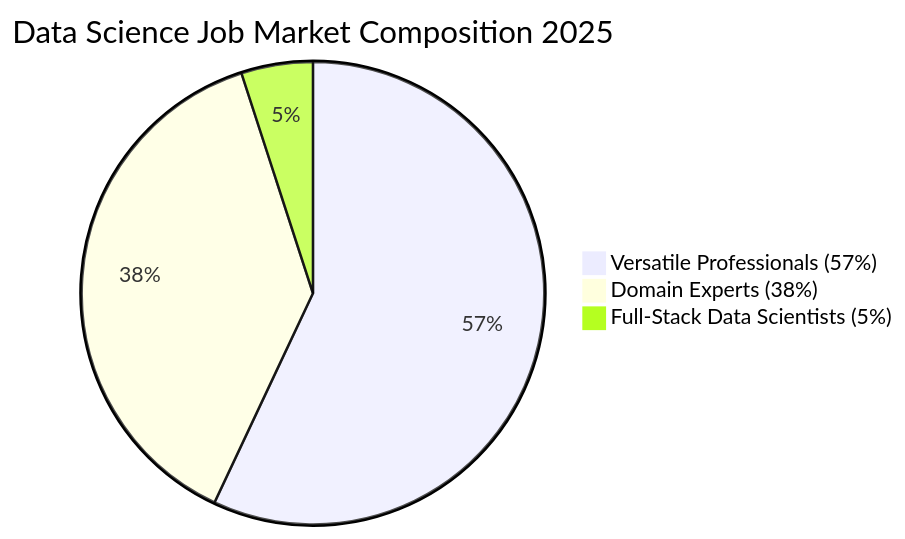
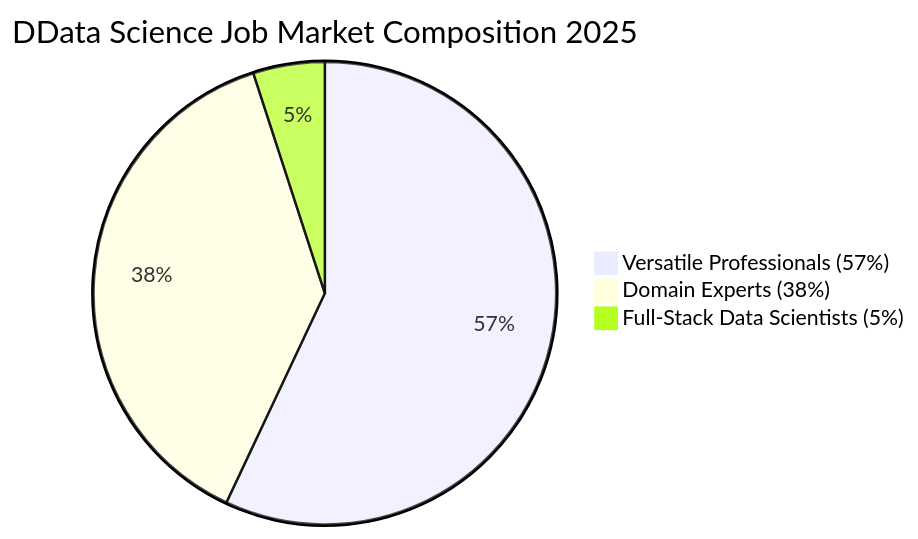
One commit to gghimire2041/AI-Articles changed the second of 14 diagrams in Survive-Data-Science-2025.md. Above: the diagram before and after it, drawn with Mermaid.

````diff
--- a/Survive-Data-Science-2025.md
+++ b/Survive-Data-Science-2025.md
@@ -38,6 +38,6 @@
 ```mermaid
-pie title  Data Science Job Market Composition 2025
+pie title DData Science Job Market Composition 2025
     "Versatile Professionals (57%)" : 57
     "Domain Experts (38%)" : 38
     "Full-Stack Data Scientists (5%)" : 5
 ```
````
